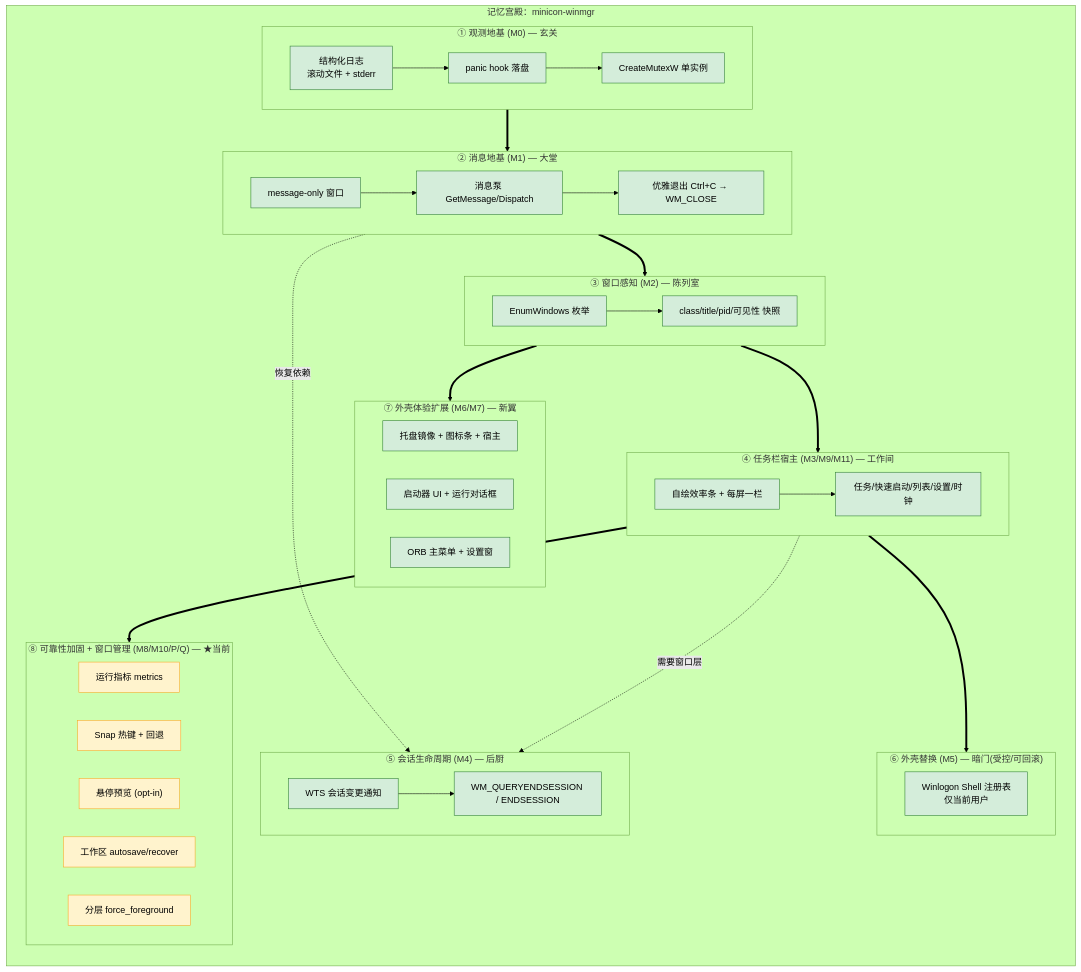
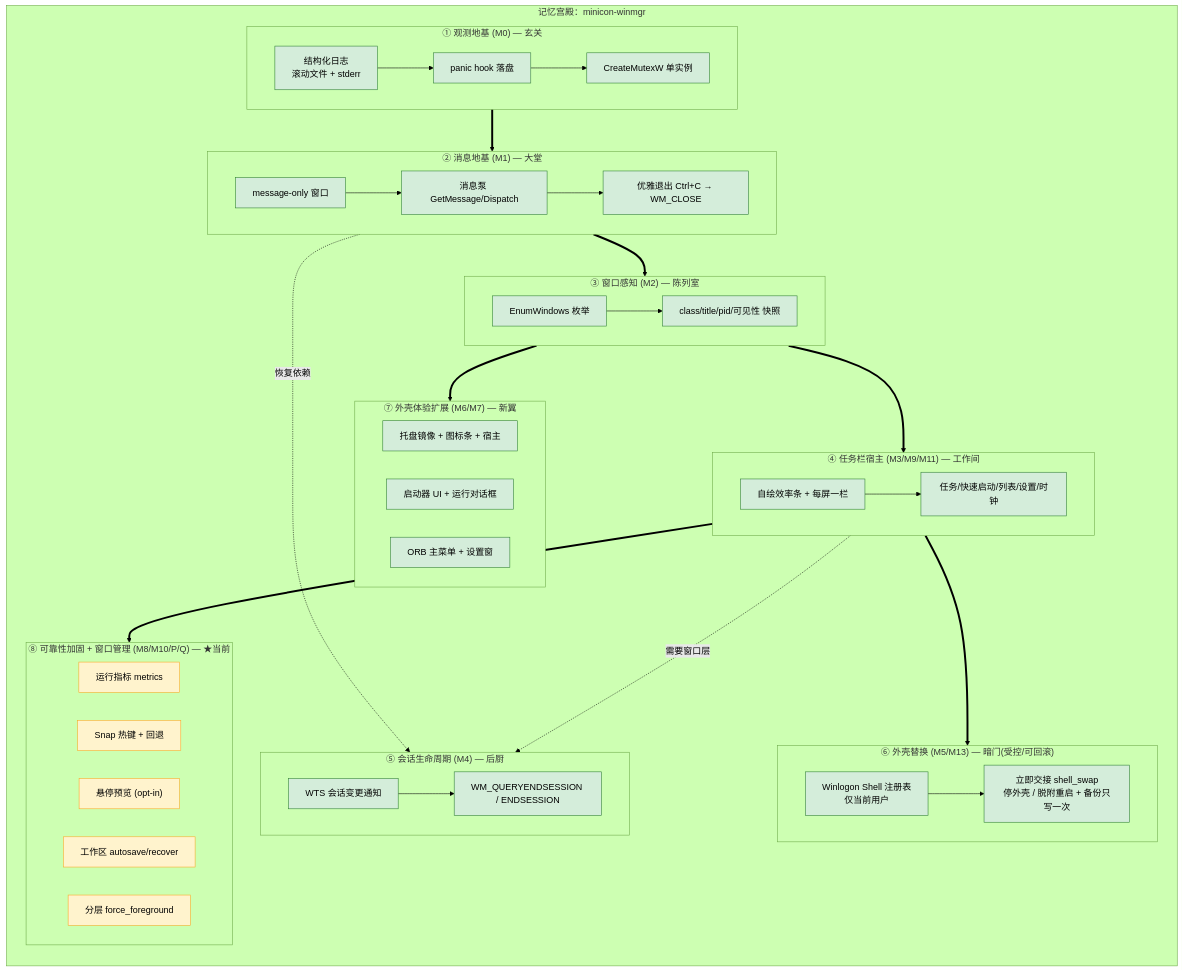
One commit to partnernetsoftware/minicon-winmgr changed the diagram in docs/prd.md. Above: the diagram before and after it, drawn with Mermaid (forest theme). The commit also changed other lines of this file and 23 other files, not shown here.

````diff
--- a/docs/prd.md
+++ b/docs/prd.md
@@ -191,58 +203,60 @@
 ```mermaid
 flowchart TD
     subgraph PALACE["记忆宫殿：minicon-winmgr"]
         direction TB
         subgraph ROOM_A["① 观测地基 (M0) — 玄关"]
             A1["结构化日志<br/>滚动文件 + stderr"]
             A2["panic hook 落盘"]
             A3["CreateMutexW 单实例"]
             A1 --> A2 --> A3
         end
         subgraph ROOM_B["② 消息地基 (M1) — 大堂"]
             B1["message-only 窗口"]
             B2["消息泵 GetMessage/Dispatch"]
             B3["优雅退出 Ctrl+C → WM_CLOSE"]
             B1 --> B2 --> B3
         end
         subgraph ROOM_C["③ 窗口感知 (M2) — 陈列室"]
             C1["EnumWindows 枚举"]
             C2["class/title/pid/可见性 快照"]
             C1 --> C2
         end
         subgraph ROOM_D["④ 任务栏宿主 (M3/M9/M11) — 工作间"]
             D1["自绘效率条 + 每屏一栏"]
             D2["任务/快速启动/列表/设置/时钟"]
             D1 --> D2
         end
         subgraph ROOM_E["⑤ 会话生命周期 (M4) — 后厨"]
             E1["WTS 会话变更通知"]
             E2["WM_QUERYENDSESSION / ENDSESSION"]
             E1 --> E2
         end
-        subgraph ROOM_F["⑥ 外壳替换 (M5) — 暗门(受控/可回滚)"]
+        subgraph ROOM_F["⑥ 外壳替换 (M5/M13) — 暗门(受控/可回滚)"]
             F1["Winlogon Shell 注册表<br/>仅当前用户"]
+            F2["立即交接 shell_swap<br/>停外壳 / 脱附重启 + 备份只写一次"]
+            F1 --> F2
         end
         subgraph ROOM_G["⑦ 外壳体验扩展 (M6/M7) — 新翼"]
             G1["托盘镜像 + 图标条 + 宿主"]
             G2["启动器 UI + 运行对话框"]
             G3["ORB 主菜单 + 设置窗"]
         end
         subgraph ROOM_H["⑧ 可靠性加固 + 窗口管理 (M8/M10/P/Q) — ★当前"]
             H1["运行指标 metrics"]
             H2["Snap 热键 + 回退"]
             H3["悬停预览 (opt-in)"]
             H4["工作区 autosave/recover"]
             H5["分层 force_foreground"]
         end
     end
     ROOM_A ==> ROOM_B ==> ROOM_C ==> ROOM_D
     ROOM_B -.恢复依赖.-> ROOM_E
     ROOM_D -.需要窗口层.-> ROOM_E
     ROOM_D ==> ROOM_F
     ROOM_C ==> ROOM_G
     ROOM_D ==> ROOM_H
     classDef done fill:#d4edda,stroke:#2e7d32;
     classDef current fill:#fff3cd,stroke:#f9a825;
-    class A1,A2,A3,B1,B2,B3,C1,C2,D1,D2,E1,E2,F1,G1,G2,G3 done;
+    class A1,A2,A3,B1,B2,B3,C1,C2,D1,D2,E1,E2,F1,F2,G1,G2,G3 done;
     class H1,H2,H3,H4,H5 current;
 ```
````
